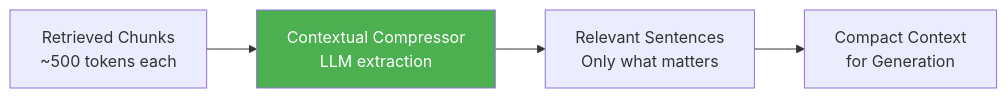
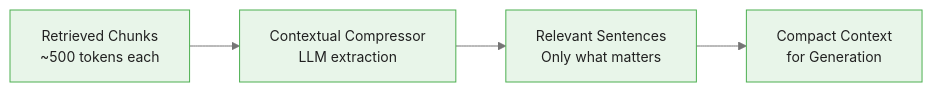
One commit to m-deane/course-creator changed the fourth of 7 diagrams in courses/dataiku-genai/modules/module_02_rag/guides/02_retrieval_strategies_slides.md. Above: the diagram before and after it, drawn with Mermaid. The commit also changed other lines of this file and 54 other files, not shown here.

````diff
--- a/courses/dataiku-genai/modules/module_02_rag/guides/02_retrieval_strategies_slides.md
+++ b/courses/dataiku-genai/modules/module_02_rag/guides/02_retrieval_strategies_slides.md
@@ -276,8 +290,7 @@
 ```mermaid
+%%{init: {"theme": "base", "themeVariables": {"primaryColor": "#e8f5e9", "primaryBorderColor": "#4caf50", "primaryTextColor": "#212121", "secondaryColor": "#e3f2fd", "tertiaryColor": "#fff8e1", "lineColor": "#757575", "fontFamily": "Inter, sans-serif", "fontSize": "14px"}}}%%
 flowchart LR
     CHUNKS[Retrieved Chunks<br/>~500 tokens each] --> COMP[Contextual Compressor<br/>LLM extraction]
     COMP --> REL[Relevant Sentences<br/>Only what matters]
     REL --> CTX[Compact Context<br/>for Generation]
-
-    style COMP fill:#4CAF50,color:#fff
 ```
````
